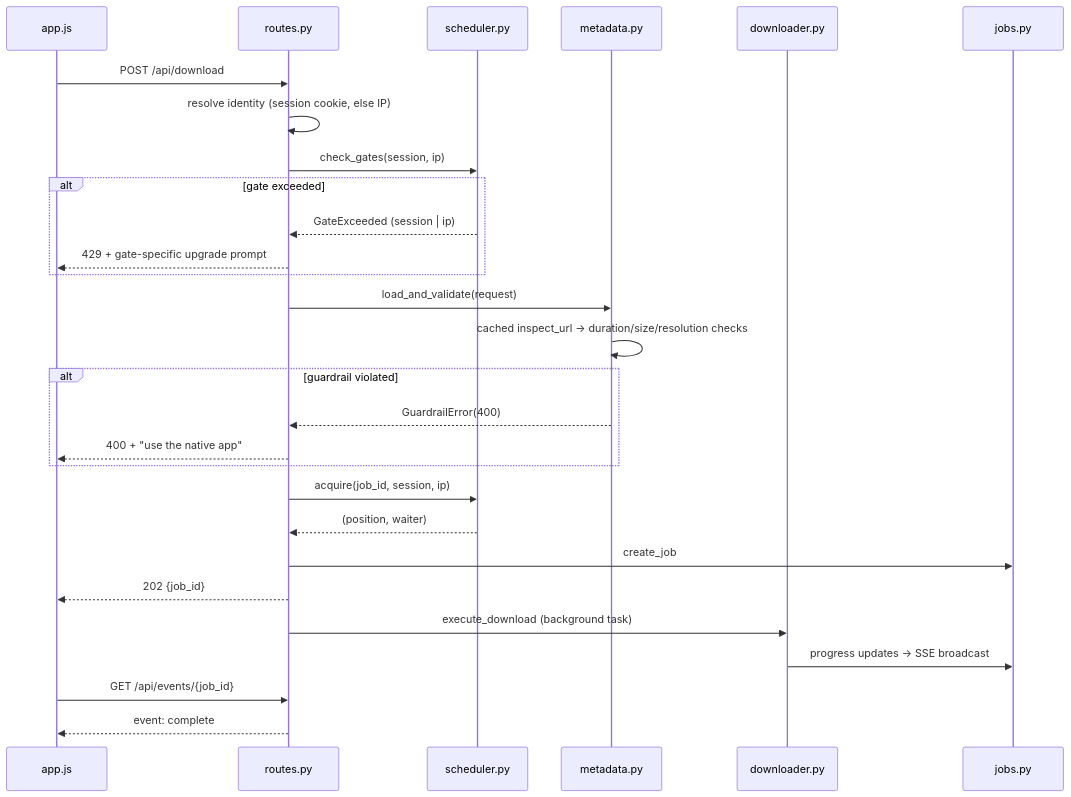
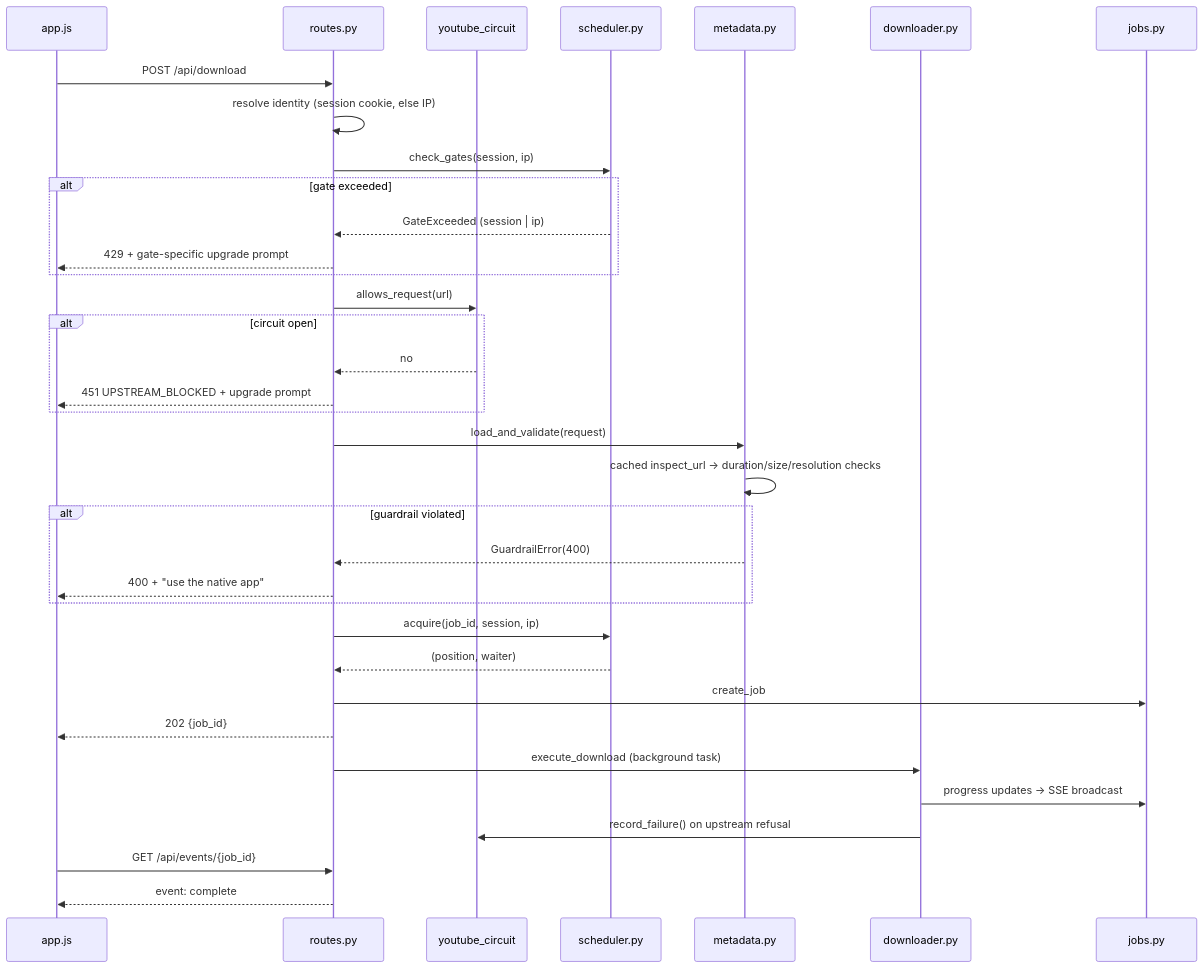
One commit to ZenDevvv/MediaGrab changed the first of 3 diagrams in ARCHITECTURE.md. Above: the diagram before and after it, drawn with Mermaid. The commit also changed other lines of this file and 7 other files, not shown here.

````diff
--- a/ARCHITECTURE.md
+++ b/ARCHITECTURE.md
@@ -79,31 +91,38 @@
 ```mermaid
 sequenceDiagram
     participant UI as app.js
     participant R as routes.py
+    participant Y as youtube_circuit
     participant S as scheduler.py
     participant M as metadata.py
     participant D as downloader.py
     participant J as jobs.py
 
     UI->>R: POST /api/download
     R->>R: resolve identity (session cookie, else IP)
     R->>S: check_gates(session, ip)
     alt gate exceeded
         S-->>R: GateExceeded (session | ip)
         R-->>UI: 429 + gate-specific upgrade prompt
+    end
+    R->>Y: allows_request(url)
+    alt circuit open
+        Y-->>R: no
+        R-->>UI: 451 UPSTREAM_BLOCKED + upgrade prompt
     end
     R->>M: load_and_validate(request)
     M->>M: cached inspect_url → duration/size/resolution checks
     alt guardrail violated
         M-->>R: GuardrailError(400)
         R-->>UI: 400 + "use the native app"
     end
     R->>S: acquire(job_id, session, ip)
     S-->>R: (position, waiter)
     R->>J: create_job
     R-->>UI: 202 {job_id}
     R->>D: execute_download (background task)
     D->>J: progress updates → SSE broadcast
+    D->>Y: record_failure() on upstream refusal
     UI->>R: GET /api/events/{job_id}
     R-->>UI: event: complete
 ```
````
